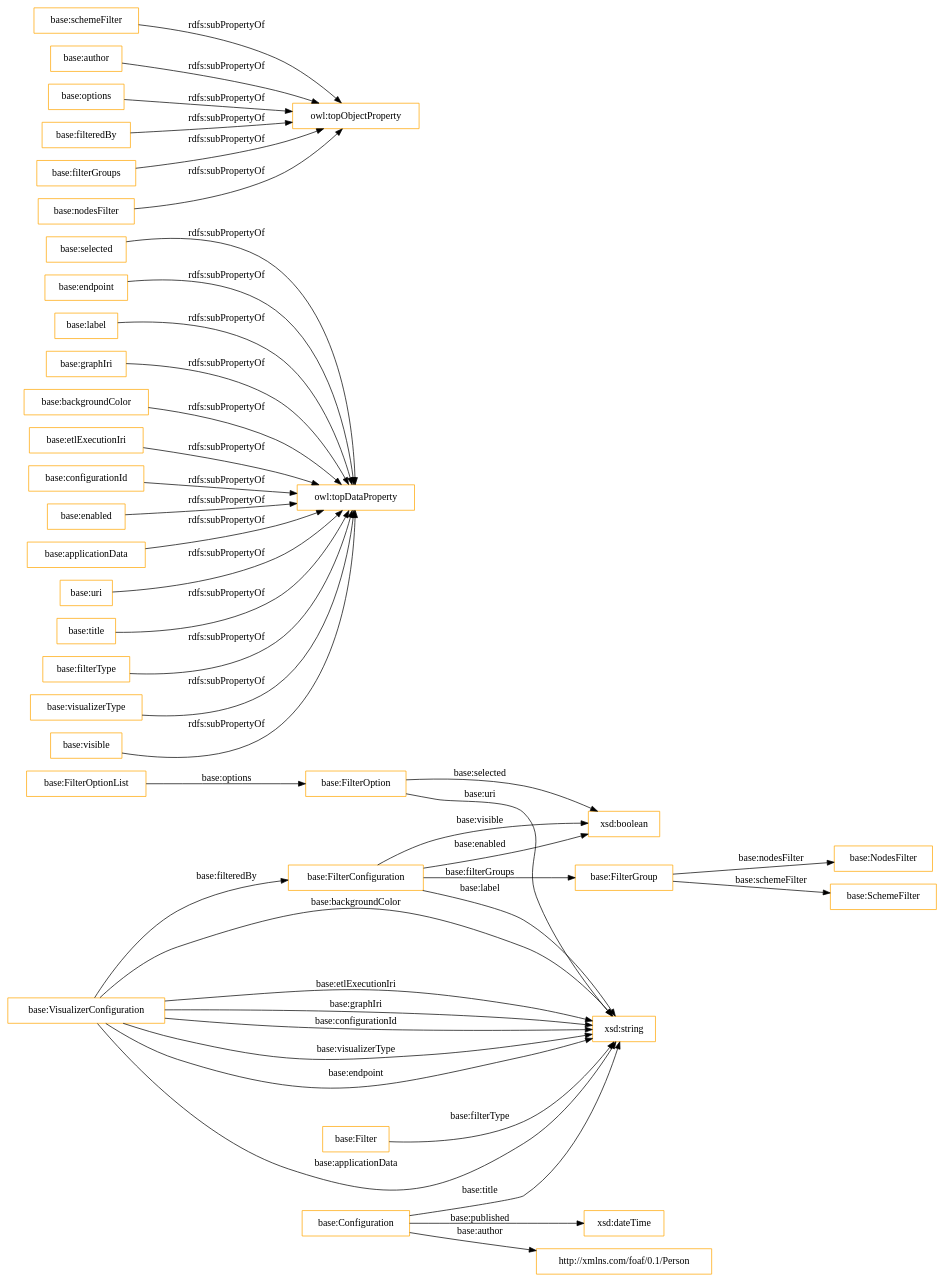
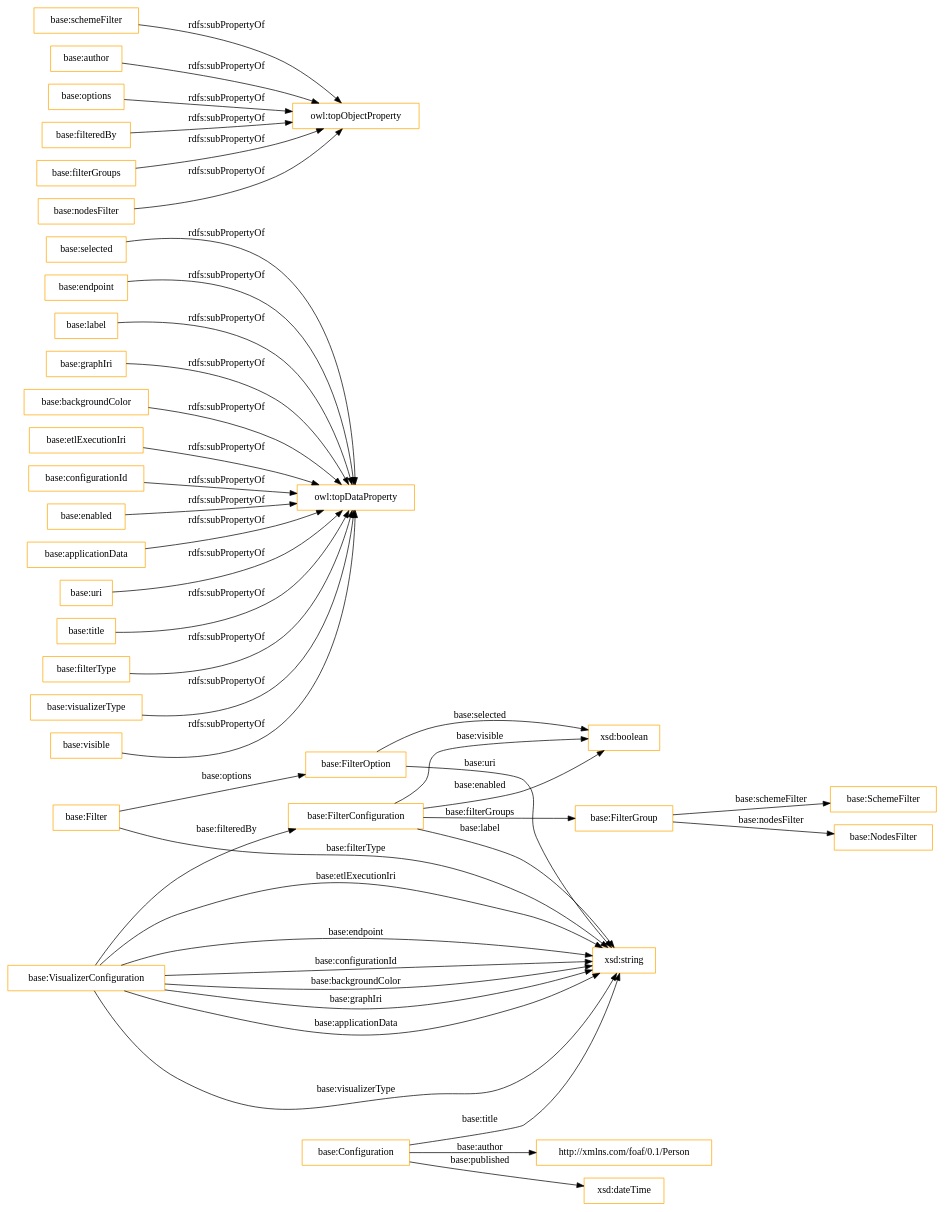
Before and after one commit to OnToologyUser/linkedpipes_applications_ontology: the diagram in OnToology/lpapps.owl/diagrams/ar2dtool-class/lpapps.owl.png.dot, drawn with Graphviz. The commit also changed 11 other files, not shown here.

```diff
--- a/OnToology/lpapps.owl/diagrams/ar2dtool-class/lpapps.owl.png.dot
+++ b/OnToology/lpapps.owl/diagrams/ar2dtool-class/lpapps.owl.png.dot
@@ -1,47 +1,47 @@
 digraph ar2dtool_diagram { 
 rankdir=LR;
 size="1501"
-node [shape = rectangle, color="orange"]; "base:VisualizerConfiguration" "base:FilterOptionList" "base:FilterGroup" "base:FilterOption" "base:NodesFilter" "base:Filter" "base:SchemeFilter" "http://xmlns.com/foaf/0.1/Person" "base:FilterConfiguration" "base:Configuration" ; /*classes style*/
+node [shape = rectangle, color="orange"]; "base:VisualizerConfiguration" "base:SchemeFilter" "base:NodesFilter" "base:FilterOption" "base:FilterGroup" "base:FilterConfiguration" "base:Filter" "base:Configuration" "http://xmlns.com/foaf/0.1/Person" ; /*classes style*/
 	"base:selected" -> "owl:topDataProperty" [ label = "rdfs:subPropertyOf" ];
 	"base:schemeFilter" -> "owl:topObjectProperty" [ label = "rdfs:subPropertyOf" ];
 	"base:author" -> "owl:topObjectProperty" [ label = "rdfs:subPropertyOf" ];
 	"base:endpoint" -> "owl:topDataProperty" [ label = "rdfs:subPropertyOf" ];
 	"base:label" -> "owl:topDataProperty" [ label = "rdfs:subPropertyOf" ];
 	"base:graphIri" -> "owl:topDataProperty" [ label = "rdfs:subPropertyOf" ];
 	"base:options" -> "owl:topObjectProperty" [ label = "rdfs:subPropertyOf" ];
 	"base:filteredBy" -> "owl:topObjectProperty" [ label = "rdfs:subPropertyOf" ];
 	"base:filterGroups" -> "owl:topObjectProperty" [ label = "rdfs:subPropertyOf" ];
 	"base:backgroundColor" -> "owl:topDataProperty" [ label = "rdfs:subPropertyOf" ];
 	"base:etlExecutionIri" -> "owl:topDataProperty" [ label = "rdfs:subPropertyOf" ];
 	"base:configurationId" -> "owl:topDataProperty" [ label = "rdfs:subPropertyOf" ];
 	"base:enabled" -> "owl:topDataProperty" [ label = "rdfs:subPropertyOf" ];
 	"base:applicationData" -> "owl:topDataProperty" [ label = "rdfs:subPropertyOf" ];
 	"base:nodesFilter" -> "owl:topObjectProperty" [ label = "rdfs:subPropertyOf" ];
 	"base:uri" -> "owl:topDataProperty" [ label = "rdfs:subPropertyOf" ];
 	"base:title" -> "owl:topDataProperty" [ label = "rdfs:subPropertyOf" ];
 	"base:filterType" -> "owl:topDataProperty" [ label = "rdfs:subPropertyOf" ];
 	"base:visualizerType" -> "owl:topDataProperty" [ label = "rdfs:subPropertyOf" ];
 	"base:visible" -> "owl:topDataProperty" [ label = "rdfs:subPropertyOf" ];
 	"base:VisualizerConfiguration" -> "base:FilterConfiguration" [ label = "base:filteredBy" ];
 	"base:FilterOption" -> "xsd:string" [ label = "base:uri" ];
 	"base:VisualizerConfiguration" -> "xsd:string" [ label = "base:backgroundColor" ];
 	"base:Configuration" -> "xsd:string" [ label = "base:title" ];
 	"base:FilterConfiguration" -> "base:FilterGroup" [ label = "base:filterGroups" ];
 	"base:FilterGroup" -> "base:NodesFilter" [ label = "base:nodesFilter" ];
 	"base:FilterConfiguration" -> "xsd:boolean" [ label = "base:enabled" ];
 	"base:FilterGroup" -> "base:SchemeFilter" [ label = "base:schemeFilter" ];
 	"base:VisualizerConfiguration" -> "xsd:string" [ label = "base:graphIri" ];
 	"base:VisualizerConfiguration" -> "xsd:string" [ label = "base:visualizerType" ];
 	"base:VisualizerConfiguration" -> "xsd:string" [ label = "base:etlExecutionIri" ];
 	"base:FilterConfiguration" -> "xsd:string" [ label = "base:label" ];
 	"base:VisualizerConfiguration" -> "xsd:string" [ label = "base:endpoint" ];
 	"base:Filter" -> "xsd:string" [ label = "base:filterType" ];
 	"base:VisualizerConfiguration" -> "xsd:string" [ label = "base:configurationId" ];
 	"base:VisualizerConfiguration" -> "xsd:string" [ label = "base:applicationData" ];
 	"base:Configuration" -> "http://xmlns.com/foaf/0.1/Person" [ label = "base:author" ];
-	"base:FilterOptionList" -> "base:FilterOption" [ label = "base:options" ];
+	"base:Filter" -> "base:FilterOption" [ label = "base:options" ];
 	"base:FilterOption" -> "xsd:boolean" [ label = "base:selected" ];
 	"base:FilterConfiguration" -> "xsd:boolean" [ label = "base:visible" ];
 	"base:Configuration" -> "xsd:dateTime" [ label = "base:published" ];
 
 }
```
